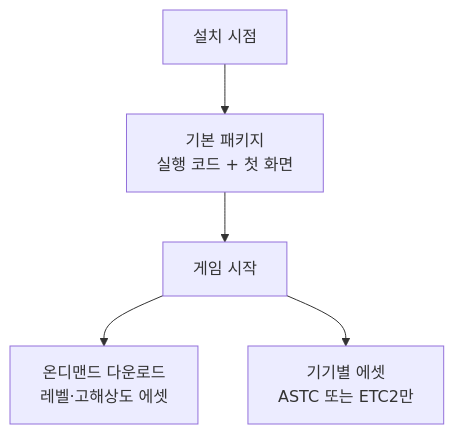
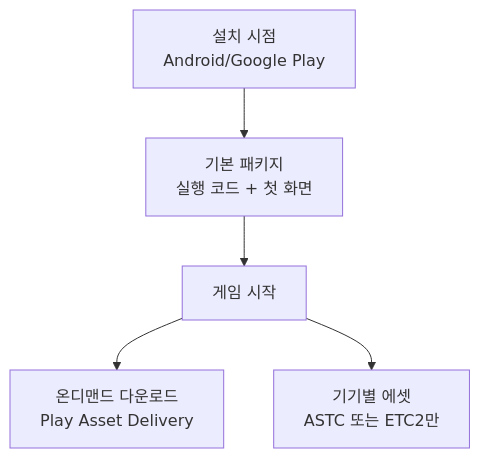
The seventh of 8 diagrams in platform/part01_mobile.md (Rein-ArXiv/game-dev-curriculum), drawn with Mermaid before and after one commit. The commit also changed other lines of this file and 279 other files, not shown here.

````diff
--- a/platform/part01_mobile.md
+++ b/platform/part01_mobile.md
@@ -410,7 +434,7 @@
 ```mermaid
 flowchart TB
-    Install[설치 시점] --> Base[기본 패키지<br/>실행 코드 + 첫 화면]
+    Install[설치 시점<br/>Android/Google Play] --> Base[기본 패키지<br/>실행 코드 + 첫 화면]
     Base --> Play[게임 시작]
-    Play --> OnDemand[온디맨드 다운로드<br/>레벨·고해상도 에셋]
+    Play --> OnDemand[온디맨드 다운로드<br/>Play Asset Delivery]
     Play --> Tier[기기별 에셋<br/>ASTC 또는 ETC2만]
 ```
````
